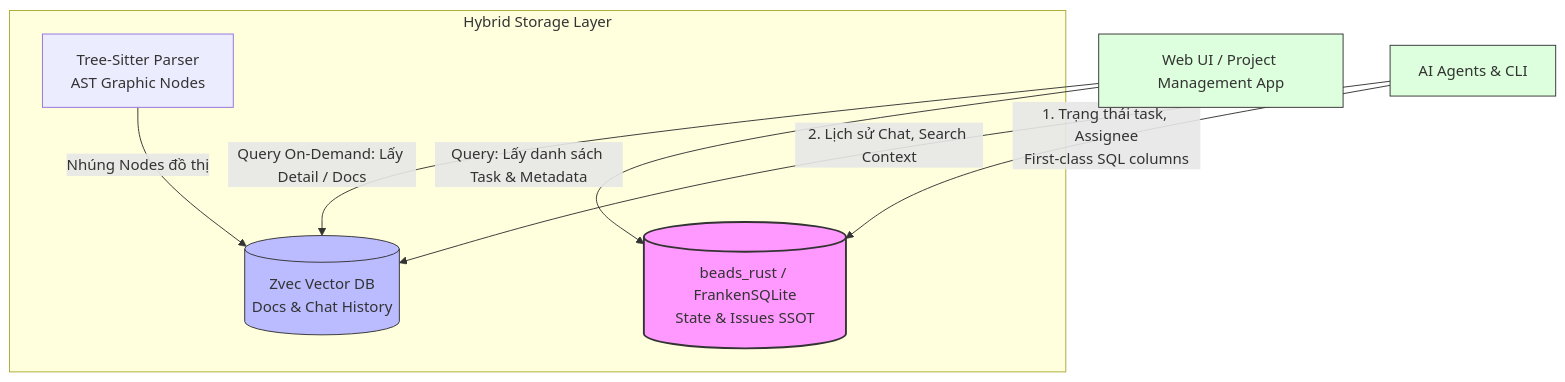
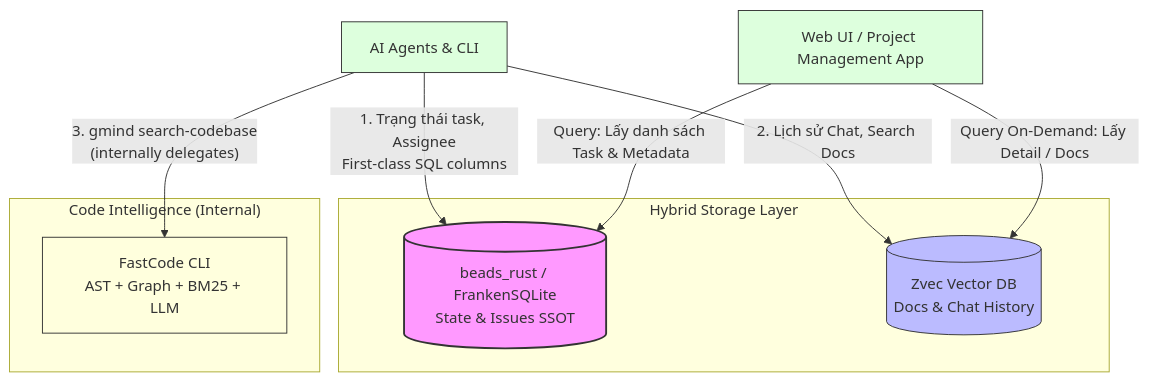
The first of 3 diagrams in docs/PRDs/PRD-02-Storage.md (duyhunghd6/gmind), drawn with Mermaid before and after one commit. The commit also changed other lines of this file and 11 other files, not shown here.

First line of the commit message:
docs: redraw all spike diagrams as ASCII-safe format

````diff
--- a/docs/PRDs/PRD-02-Storage.md
+++ b/docs/PRDs/PRD-02-Storage.md
@@ -9,22 +9,26 @@
 ```mermaid
 graph TD
     classDef ssot fill:#f9f,stroke:#333,stroke-width:2px;
     classDef vector fill:#bbf,stroke:#333;
     classDef client fill:#dfd,stroke:#333;
+    classDef fastcode fill:#ffd,stroke:#333;
 
     UI["Web UI / Project Management App"]:::client
     Agent["AI Agents & CLI"]:::client
 
     subgraph StorageLayer["Hybrid Storage Layer"]
         BR[("beads_rust / FrankenSQLite<br/>State & Issues SSOT")]:::ssot
         Zvec[("Zvec Vector DB<br/>Docs & Chat History")]:::vector
-        AST["Tree-Sitter Parser<br/>AST Graphic Nodes"]
+    end
+
+    subgraph CodeIntel["Code Intelligence (Internal)"]
+        FastCode["FastCode CLI<br/>AST + Graph + BM25 + LLM"]:::fastcode
     end
 
     Agent -->|"1. Trạng thái task, Assignee<br/>First-class SQL columns"| BR
-    Agent -->|"2. Lịch sử Chat, Search Context"| Zvec
-    AST -->|"Nhúng Nodes đồ thị"| Zvec
+    Agent -->|"2. Lịch sử Chat, Search Docs"| Zvec
+    Agent -->|"3. gmind search-codebase<br/>(internally delegates)"| FastCode
 
     UI -->|"Query: Lấy danh sách Task & Metadata"| BR
     UI -->|"Query On-Demand: Lấy Detail / Docs"| Zvec
 ```
````
